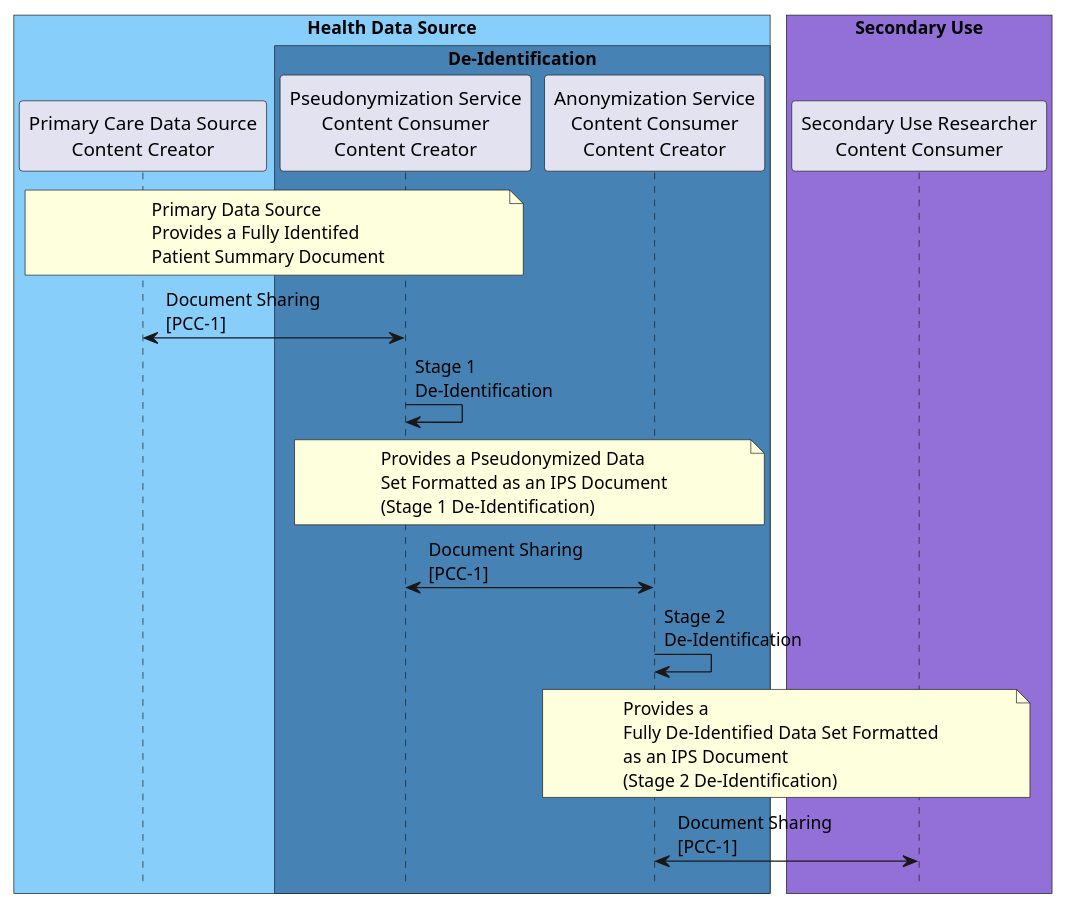
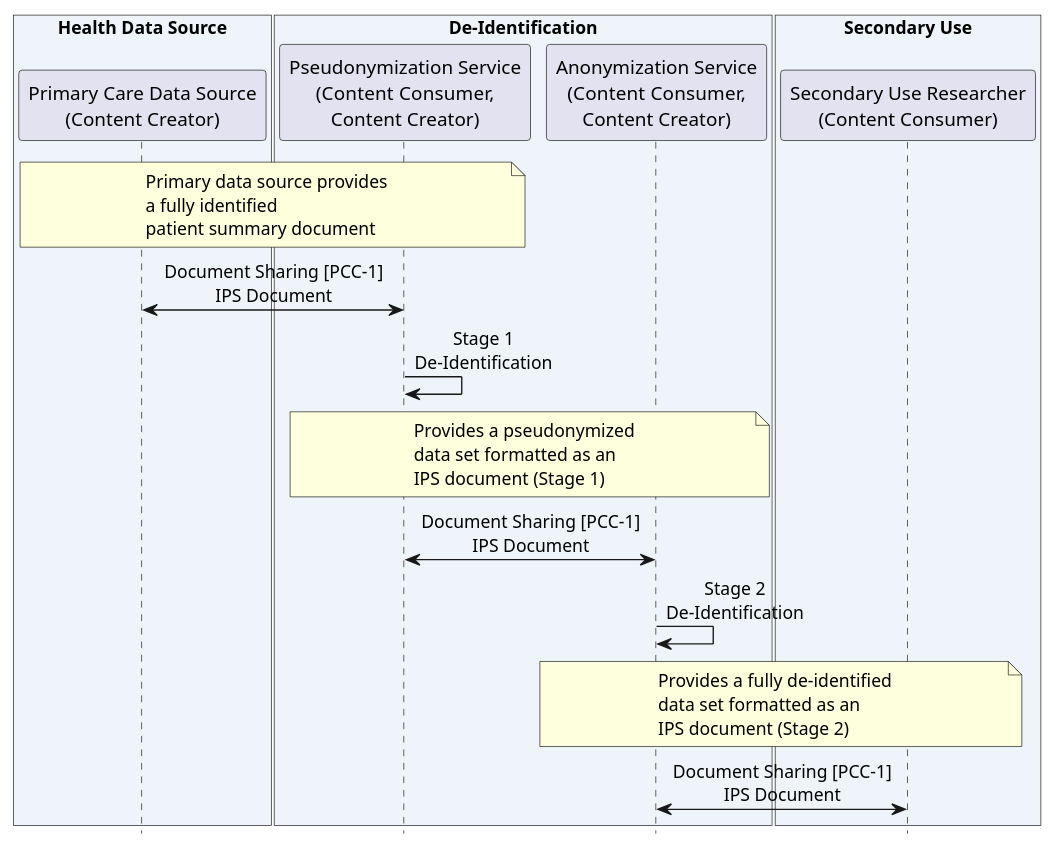
The diagram in input/images-source/ips-usecase6-processflow.plantuml (IHE/PCC.FIIO), drawn with PlantUML before and after one commit. The commit also changed 33 other files, not shown here.

```diff
--- a/input/images-source/ips-usecase6-processflow.plantuml
+++ b/input/images-source/ips-usecase6-processflow.plantuml
@@ -1,30 +1,27 @@
 @startuml
 skinparam svgDimensionStyle false
+skinparam shadowing false
+skinparam defaultFontName Arial
+skinparam sequenceMessageAlign center
 hide footbox
 
-!pragma teoz true 
-box "Health Data Source" #LightSkyBlue
-participant "Primary Care Data Source\nContent Creator" as pcds
-
-box "De-Identification" #SteelBlue
-participant "Pseudonymization Service\nContent Consumer\nContent Creator" as pns
-
-note over pcds, pns: Primary Data Source\nProvides a Fully Identifed\nPatient Summary Document 
-pcds <-> pns: Document Sharing\n[PCC-1]
-pns -> pns : Stage 1\nDe-Identification
-
-participant "Anonymization Service\nContent Consumer\nContent Creator" as ans
-note over pns, ans: Provides a Pseudonymized Data\nSet Formatted as an IPS Document\n(Stage 1 De-Identification)
-pns <-> ans: Document Sharing\n[PCC-1]
-ans -> ans : Stage 2\nDe-Identification
+box "Health Data Source" #EEF4FA
+participant "Primary Care Data Source\n(Content Creator)" as pcds
 end box
-end box 
-
-box "Secondary Use" #MediumPurple
-participant "Secondary Use Researcher\nContent Consumer" as sur 
-
-note over ans, sur: Provides a\nFully De-Identified Data Set Formatted\nas an IPS Document\n(Stage 2 De-Identification)
-ans <-> sur: Document Sharing\n[PCC-1]
+box "De-Identification" #EEF4FA
+participant "Pseudonymization Service\n(Content Consumer,\nContent Creator)" as pns
+participant "Anonymization Service\n(Content Consumer,\nContent Creator)" as ans
+end box
+box "Secondary Use" #EEF4FA
+participant "Secondary Use Researcher\n(Content Consumer)" as sur
 end box
 
+note over pcds, pns : Primary data source provides\na fully identified\npatient summary document
+pcds <-> pns : Document Sharing [PCC-1]\nIPS Document
+pns -> pns : Stage 1\nDe-Identification
+note over pns, ans : Provides a pseudonymized\ndata set formatted as an\nIPS document (Stage 1)
+pns <-> ans : Document Sharing [PCC-1]\nIPS Document
+ans -> ans : Stage 2\nDe-Identification
+note over ans, sur : Provides a fully de-identified\ndata set formatted as an\nIPS document (Stage 2)
+ans <-> sur : Document Sharing [PCC-1]\nIPS Document
 @enduml
```
